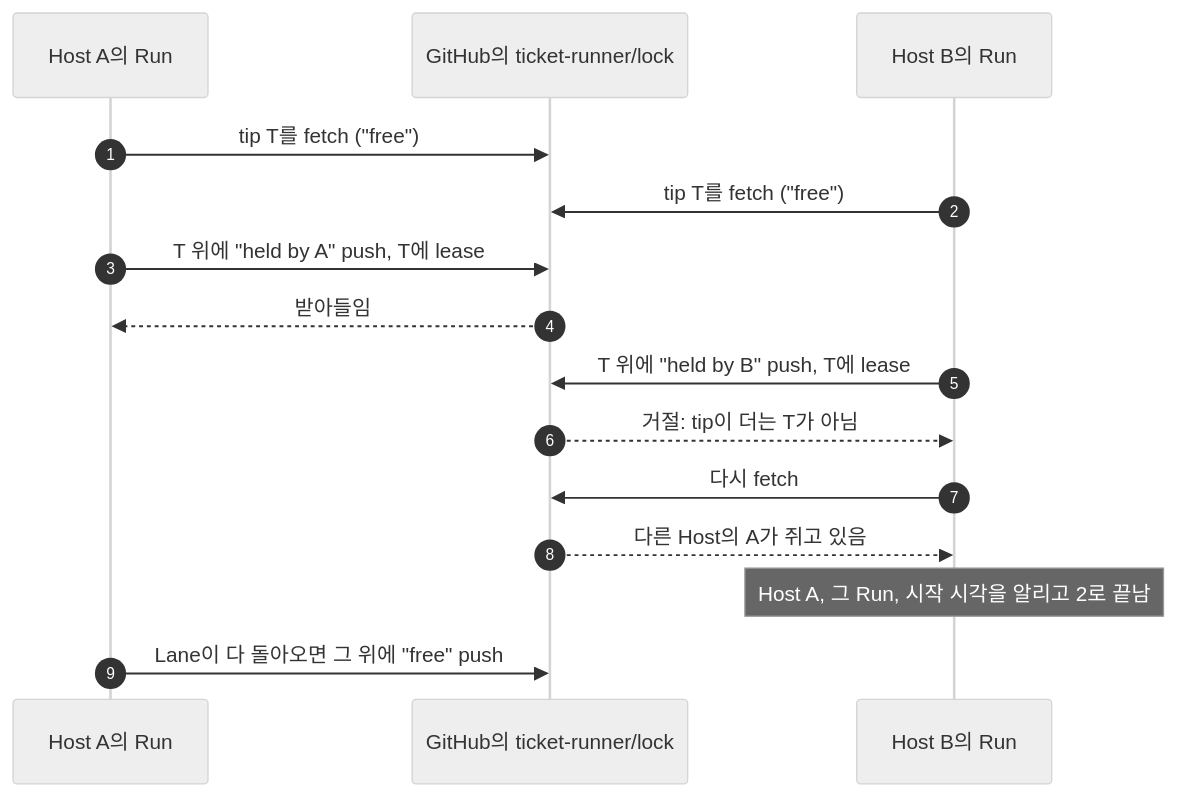
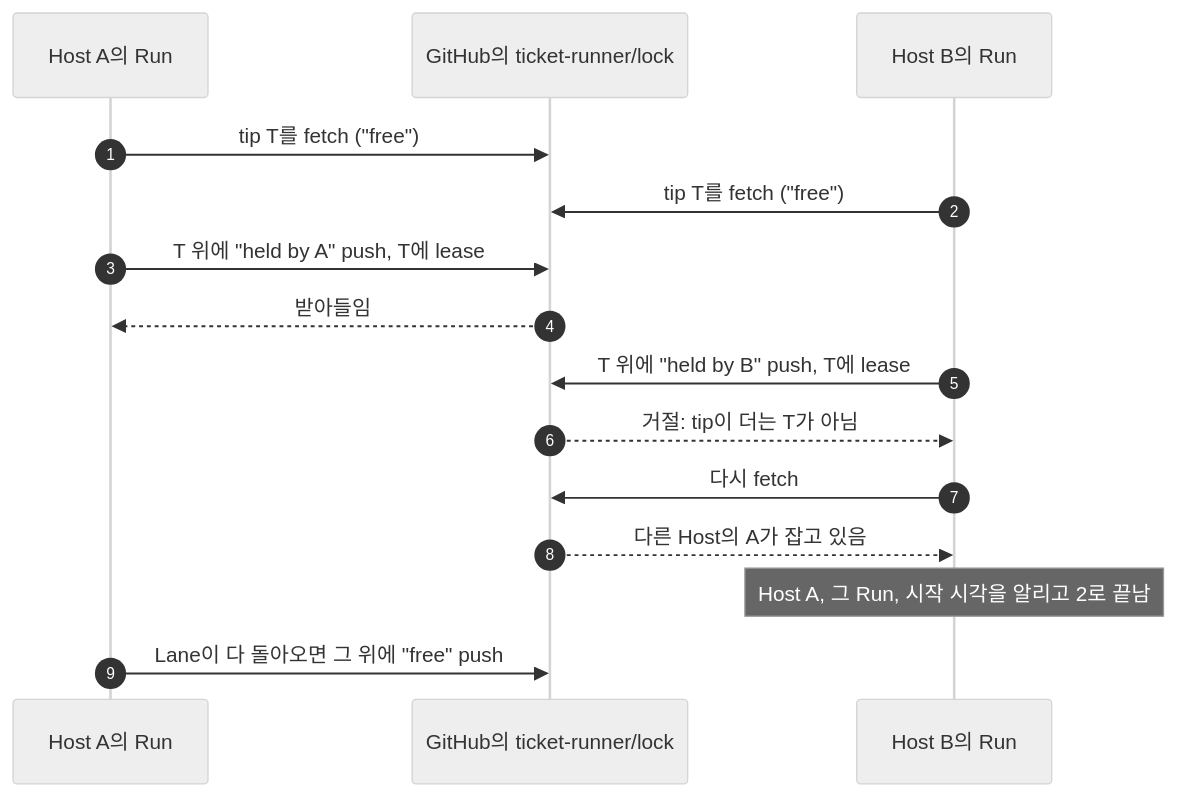
Before and after one commit to jjongs2/ticket-runner: the second of 2 diagrams in wiki/ko/guide/internals.md, drawn with Mermaid (neutral theme). The commit also changed other lines of this file and 9 other files, not shown here.

````diff
--- a/wiki/ko/guide/internals.md
+++ b/wiki/ko/guide/internals.md
@@ -96,17 +96,17 @@
 ```mermaid
 sequenceDiagram
     autonumber
     participant A as Host A의 Run
     participant R as GitHub의 ticket-runner/lock
     participant B as Host B의 Run
     A->>R: tip T를 fetch ("free")
     B->>R: tip T를 fetch ("free")
     A->>R: T 위에 "held by A" push, T에 lease
     R-->>A: 받아들임
     B->>R: T 위에 "held by B" push, T에 lease
     R-->>B: 거절: tip이 더는 T가 아님
     B->>R: 다시 fetch
-    R-->>B: 다른 Host의 A가 쥐고 있음
+    R-->>B: 다른 Host의 A가 잡고 있음
     Note over B: Host A, 그 Run, 시작 시각을 알리고 2로 끝남
     A->>R: Lane이 다 돌아오면 그 위에 "free" push
 ```
````
